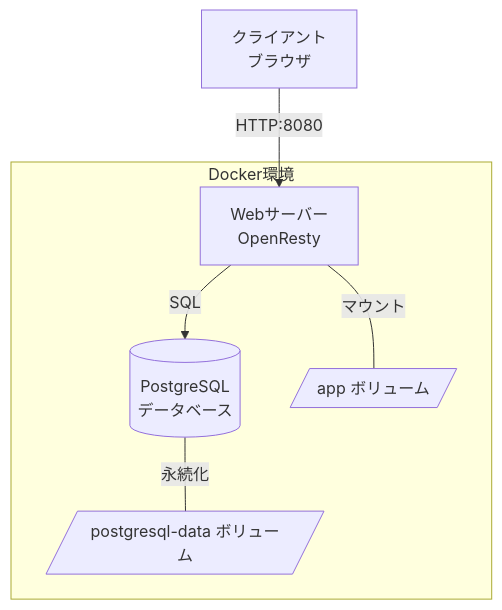
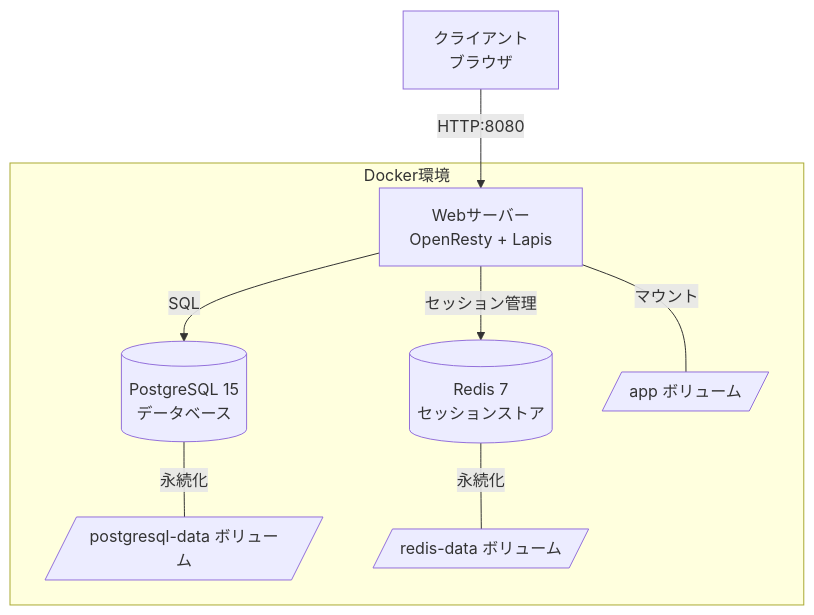
The diagram in ARCHITECTURE.md (hawkie275/LuaAIDiary), drawn with Mermaid before and after one commit. The commit also changed other lines of this file and 3 other files, not shown here.

````diff
--- a/ARCHITECTURE.md
+++ b/ARCHITECTURE.md
@@ -9,15 +9,19 @@
 ```mermaid
 graph TB
     Client[クライアント<br/>ブラウザ]
     subgraph Docker環境
-        Web[Webサーバー<br/>OpenResty]
-        DB[(PostgreSQL<br/>データベース)]
+        Web[Webサーバー<br/>OpenResty + Lapis]
+        DB[(PostgreSQL 15<br/>データベース)]
+        Redis[(Redis 7<br/>セッションストア)]
         WebVol[/app ボリューム/]
         DBVol[/postgresql-data ボリューム/]
+        RedisVol[/redis-data ボリューム/]
     end
-    
+
     Client -->|HTTP:8080| Web
     Web -->|SQL| DB
+    Web -->|セッション管理| Redis
     Web ---|マウント| WebVol
     DB ---|永続化| DBVol
+    Redis ---|永続化| RedisVol
 ```
````
